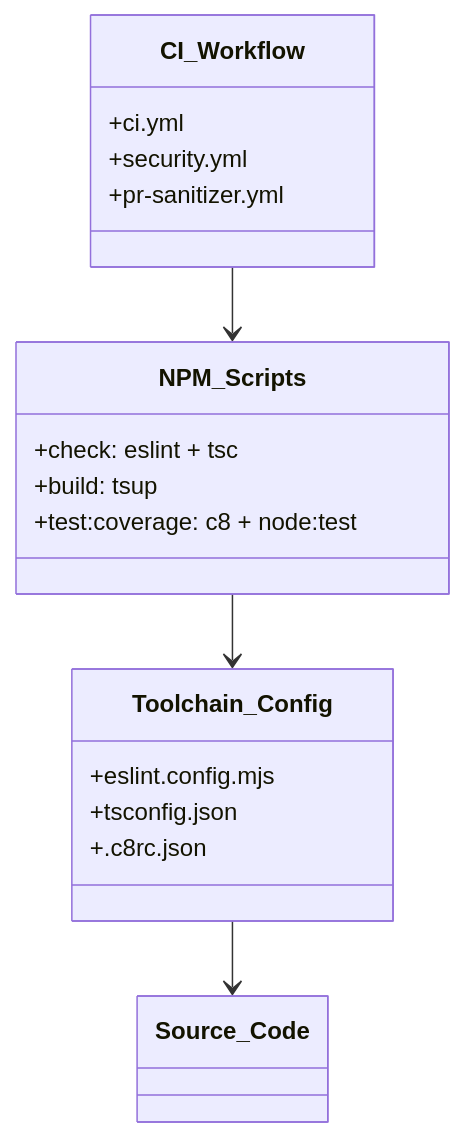
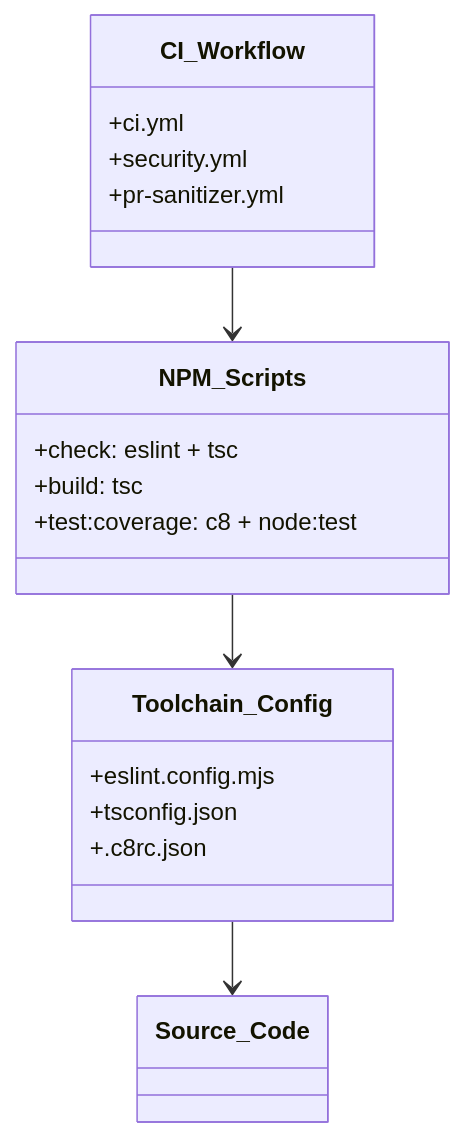
One commit to Kuldeep2822k/cli changed the second of 2 diagrams in docs/07-1-continuous-integration.md. Above: the diagram before and after it, drawn with Mermaid. The commit also changed other lines of this file and 27 other files, not shown here.

````diff
--- a/docs/07-1-continuous-integration.md
+++ b/docs/07-1-continuous-integration.md
@@ -142,22 +172,22 @@
 ```mermaid
 classDiagram
     class CI_Workflow {
         +ci.yml
         +security.yml
         +pr-sanitizer.yml
     }
     class Toolchain_Config {
         +eslint.config.mjs
         +tsconfig.json
         +.c8rc.json
     }
     class NPM_Scripts {
         +check: eslint + tsc
-        +build: tsup
+        +build: tsc
         +test:coverage: c8 + node:test
     }
     class Source_Code
     CI_Workflow --> NPM_Scripts
     NPM_Scripts --> Toolchain_Config
     Toolchain_Config --> Source_Code
 ```
````
